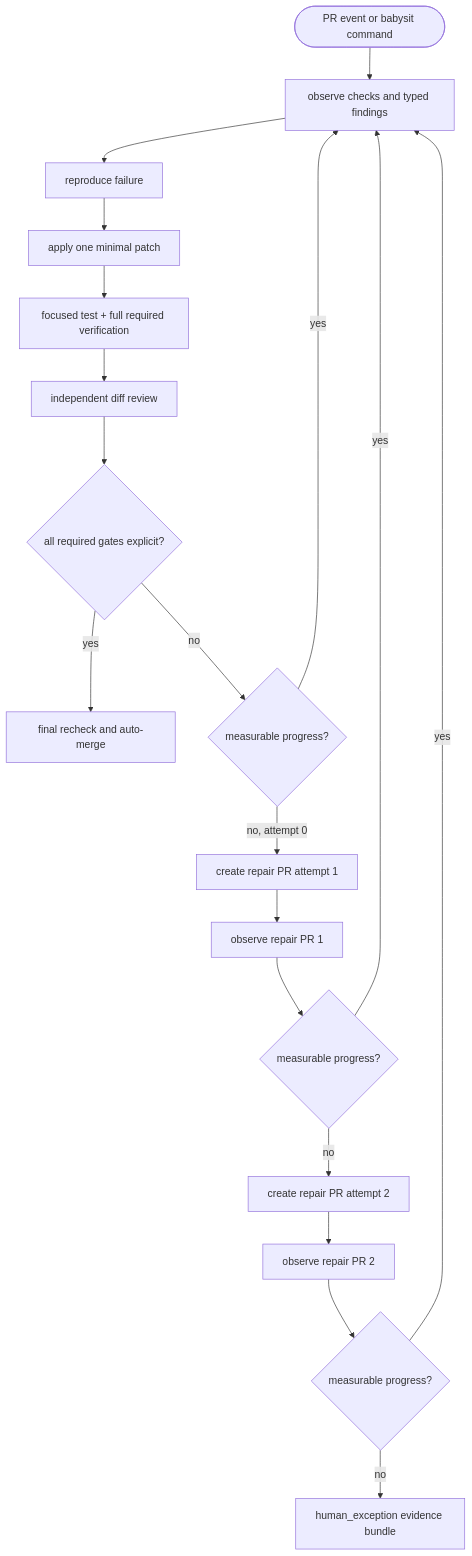
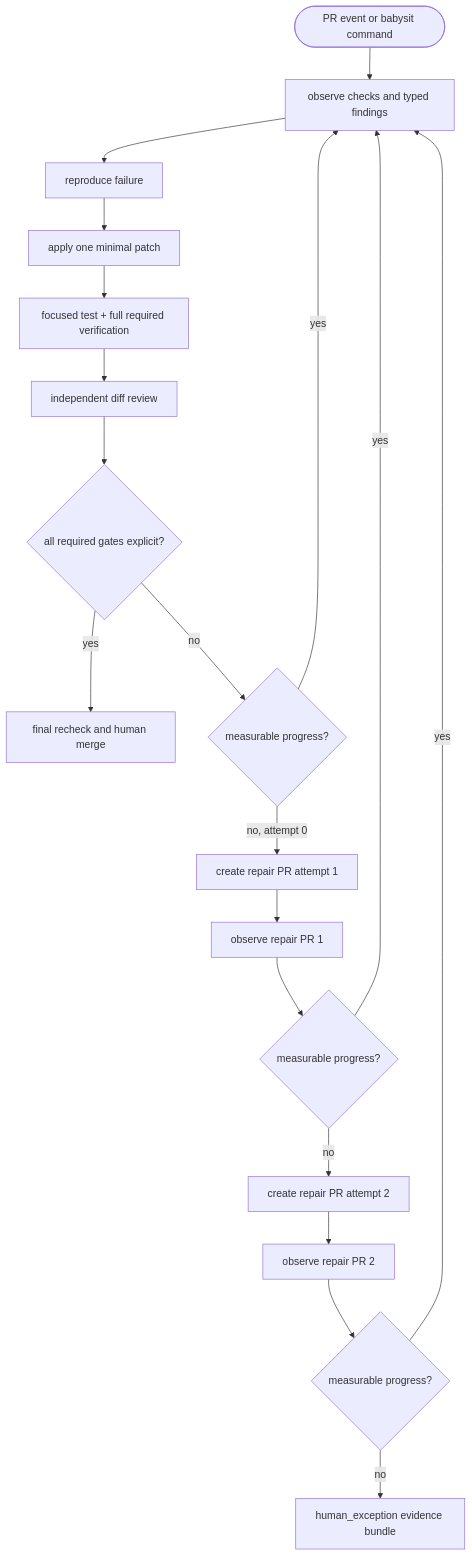
The second of 5 diagrams in docs/workflows/unified-repair-coordinator.md (mybotagent/dev-harness-kit), drawn with Mermaid before and after one commit. The commit also changed other lines of this file, not shown here.

````diff
--- a/docs/workflows/unified-repair-coordinator.md
+++ b/docs/workflows/unified-repair-coordinator.md
@@ -28,21 +28,21 @@
 ```mermaid
 flowchart TD
   START([PR event or babysit command]) --> OBSERVE[observe checks and typed findings]
   OBSERVE --> REPRODUCE[reproduce failure]
   REPRODUCE --> PATCH[apply one minimal patch]
   PATCH --> VERIFY[focused test + full required verification]
   VERIFY --> REVIEW[independent diff review]
   REVIEW --> GATE{all required gates explicit?}
-  GATE -->|yes| MERGE[final recheck and auto-merge]
+  GATE -->|yes| MERGE[final recheck and human merge]
   GATE -->|no| PROGRESS{measurable progress?}
   PROGRESS -->|yes| OBSERVE
   PROGRESS -->|no, attempt 0| R1[create repair PR attempt 1]
   R1 --> OBSERVE1[observe repair PR 1]
   OBSERVE1 --> PROGRESS1{measurable progress?}
   PROGRESS1 -->|yes| OBSERVE
   PROGRESS1 -->|no| R2[create repair PR attempt 2]
   R2 --> OBSERVE2[observe repair PR 2]
   OBSERVE2 --> PROGRESS2{measurable progress?}
   PROGRESS2 -->|yes| OBSERVE
   PROGRESS2 -->|no| EXCEPTION[human_exception evidence bundle]
 ```
````
